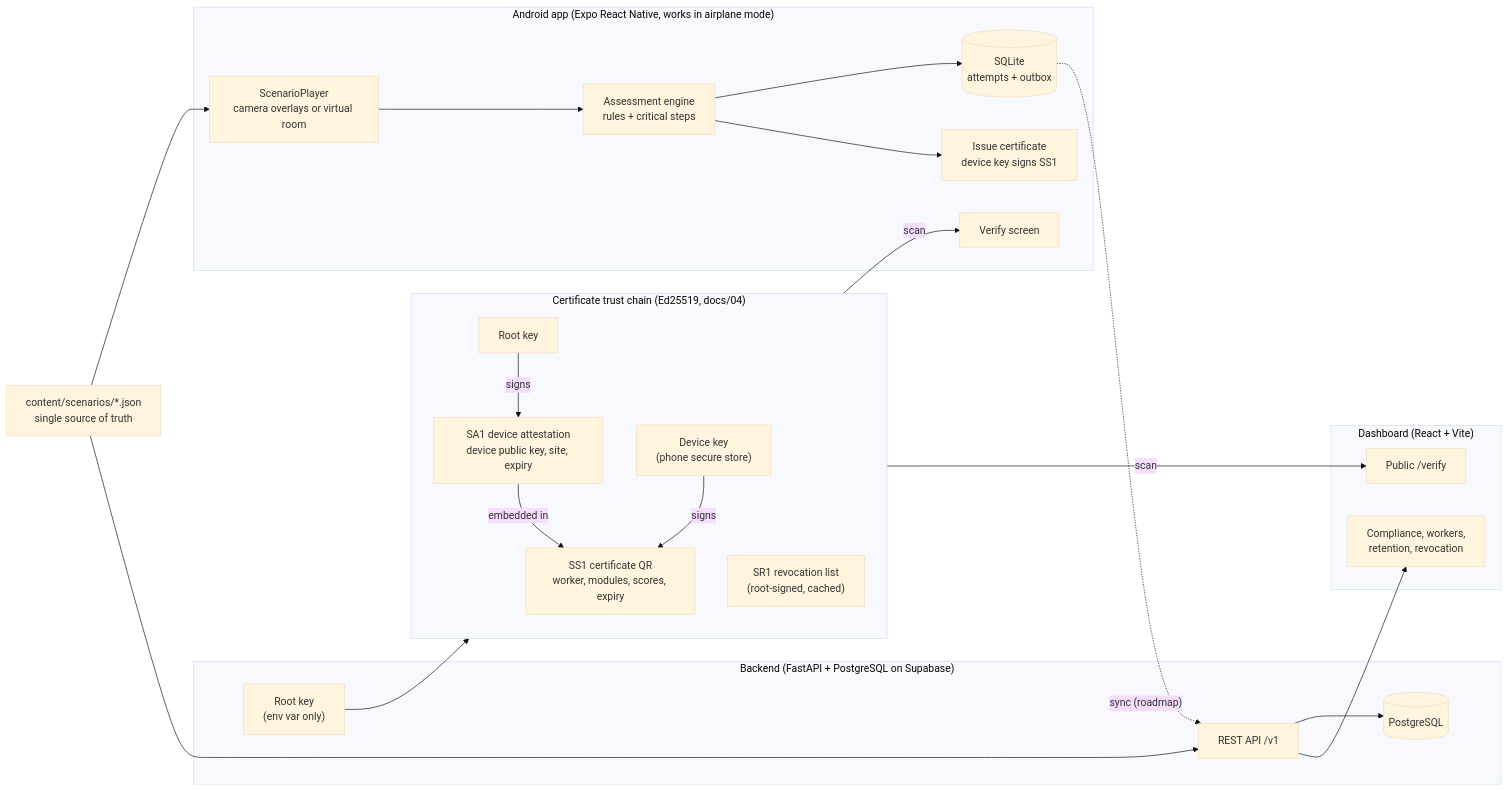
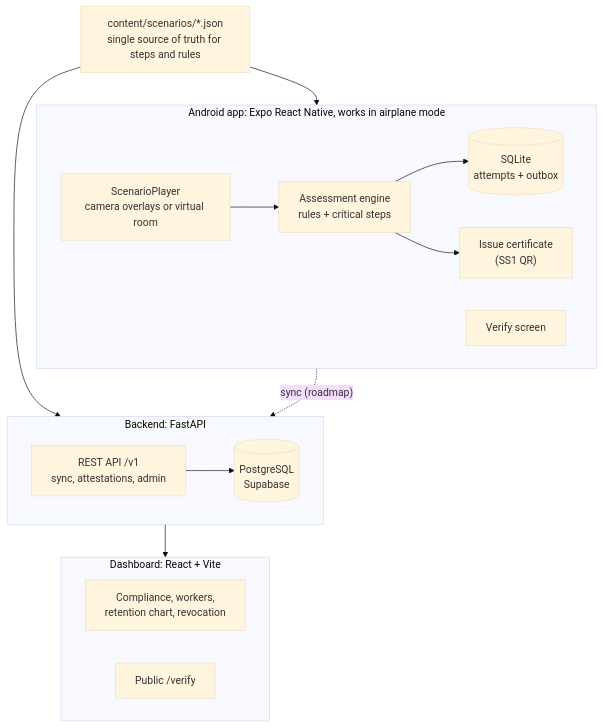
The first of 2 diagrams in README.md (buildwithpriince/suraksha-saathi), drawn with Mermaid (base theme) before and after one commit. The commit also changed other lines of this file, not shown here.

Commit message:
Split the README architecture diagram for legibility
One wide chart rendered too small to read; the system view and the
certificate trust chain are now two diagrams.

````diff
--- a/README.md
+++ b/README.md
@@ -61,32 +61,24 @@
 ```mermaid
-flowchart LR
-  subgraph Phone["Android app (Expo React Native, works in airplane mode)"]
+flowchart TB
+  Content["content/scenarios/*.json<br/>single source of truth for steps and rules"]
+  subgraph Phone["Android app: Expo React Native, works in airplane mode"]
+    direction LR
     Player["ScenarioPlayer<br/>camera overlays or virtual room"] --> Engine["Assessment engine<br/>rules + critical steps"]
     Engine --> DB[("SQLite<br/>attempts + outbox")]
-    Engine --> Issue["Issue certificate<br/>device key signs SS1"]
+    Engine --> Issue["Issue certificate<br/>(SS1 QR)"]
     Verify["Verify screen"]
   end
-  subgraph Server["Backend (FastAPI + PostgreSQL on Supabase)"]
-    API["REST API /v1"] --> PG[("PostgreSQL")]
-    Root["Root key<br/>(env var only)"]
+  subgraph Server["Backend: FastAPI"]
+    direction LR
+    API["REST API /v1<br/>sync, attestations, admin"] --> PG[("PostgreSQL<br/>Supabase")]
   end
-  subgraph Web["Dashboard (React + Vite)"]
-    Dash["Compliance, workers,<br/>retention, revocation"]
+  subgraph Web["Dashboard: React + Vite"]
+    direction LR
+    Dash["Compliance, workers,<br/>retention chart, revocation"]
     WebVerify["Public /verify"]
   end
-  Content["content/scenarios/*.json<br/>single source of truth"] --> Player
+  Content --> Player
   Content --> API
   DB -. "sync (roadmap)" .-> API
   API --> Dash
-
-  subgraph Chain["Certificate trust chain (Ed25519, docs/04)"]
-    direction TB
-    R["Root key"] -- "signs" --> A["SA1 device attestation<br/>device public key, site, expiry"]
-    A -- "embedded in" --> C["SS1 certificate QR<br/>worker, modules, scores, expiry"]
-    D["Device key<br/>(phone secure store)"] -- "signs" --> C
-    RL["SR1 revocation list<br/>(root-signed, cached)"]
-  end
-  Root --> R
-  C -- "scan" --> Verify
-  C -- "scan" --> WebVerify
 ```
````
